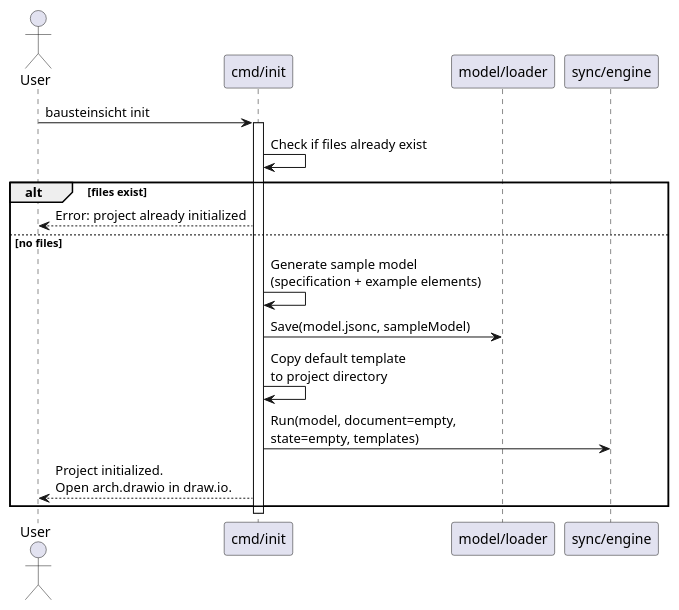
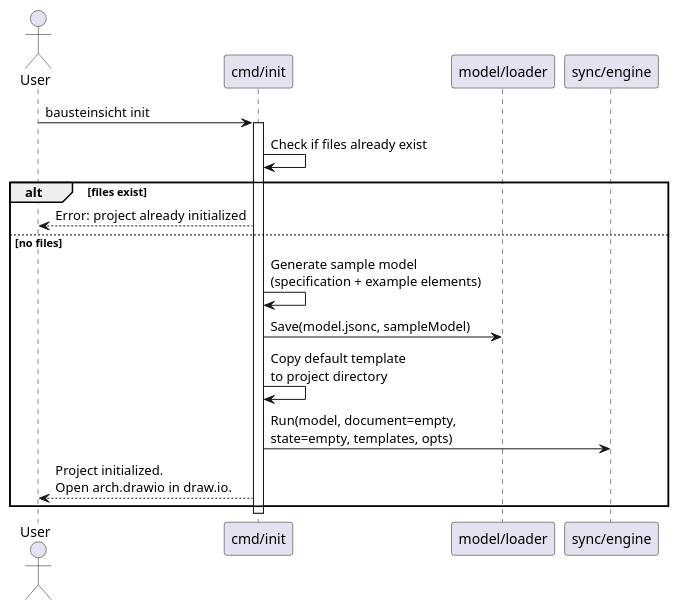
The third of 4 diagrams in src/docs/arc42/chapters/06_runtime_view.adoc (docToolchain/Bausteinsicht), drawn with PlantUML before and after one commit. The commit also changed other lines of this file and 14 other files, not shown here.

First line of the commit message:
docs: enhance README with JTBD, update sequence diagrams and context

```diff
--- a/src/docs/arc42/chapters/06_runtime_view.adoc
+++ b/src/docs/arc42/chapters/06_runtime_view.adoc
@@ -141,28 +143,28 @@
 [plantuml, runtime-init, png]
 ....
 @startuml
 skinparam shadowing false
 
 actor User
 participant "cmd/init" as cmd
 participant "model/loader" as loader
 participant "sync/engine" as engine
 
 User -> cmd : bausteinsicht init
 activate cmd
 
 cmd -> cmd : Check if files already exist
 alt files exist
   cmd --> User : Error: project already initialized
 else no files
   cmd -> cmd : Generate sample model\n(specification + example elements)
   cmd -> loader : Save(model.jsonc, sampleModel)
   cmd -> cmd : Copy default template\nto project directory
-  cmd -> engine : Run(model, document=empty,\nstate=empty, templates)
+  cmd -> engine : Run(model, document=empty,\nstate=empty, templates, opts)
   cmd --> User : Project initialized.\nOpen arch.drawio in draw.io.
 end
 
 deactivate cmd
 
 @enduml
 ....
```
